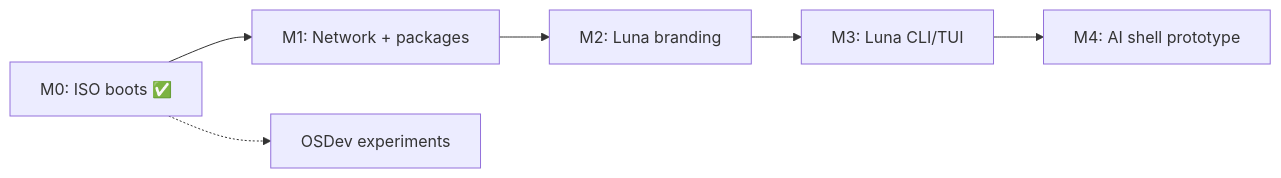
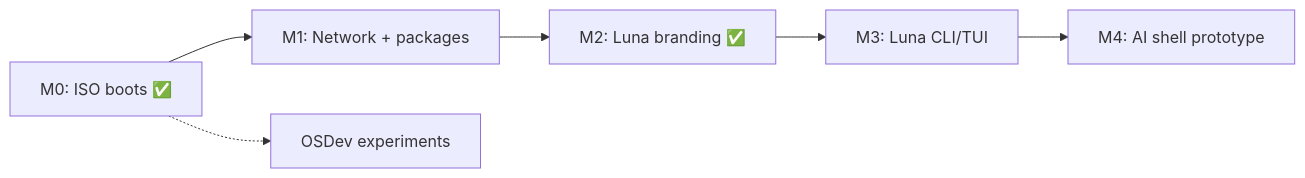
One commit to c1cada3301-web/Luna changed the diagram in docs/roadmap.md. Above: the diagram before and after it, drawn with Mermaid. The commit also changed other lines of this file and 20 other files, not shown here.

````diff
--- a/docs/roadmap.md
+++ b/docs/roadmap.md
@@ -89,8 +89,8 @@
 ```mermaid
 flowchart LR
     M0[M0: ISO boots ✅] --> M1[M1: Network + packages]
-    M1 --> M2[M2: Luna branding]
+    M1 --> M2[M2: Luna branding ✅]
     M2 --> M3[M3: Luna CLI/TUI]
     M3 --> M4[M4: AI shell prototype]
     M0 -.-> OSDev[OSDev experiments]
 ```
````
